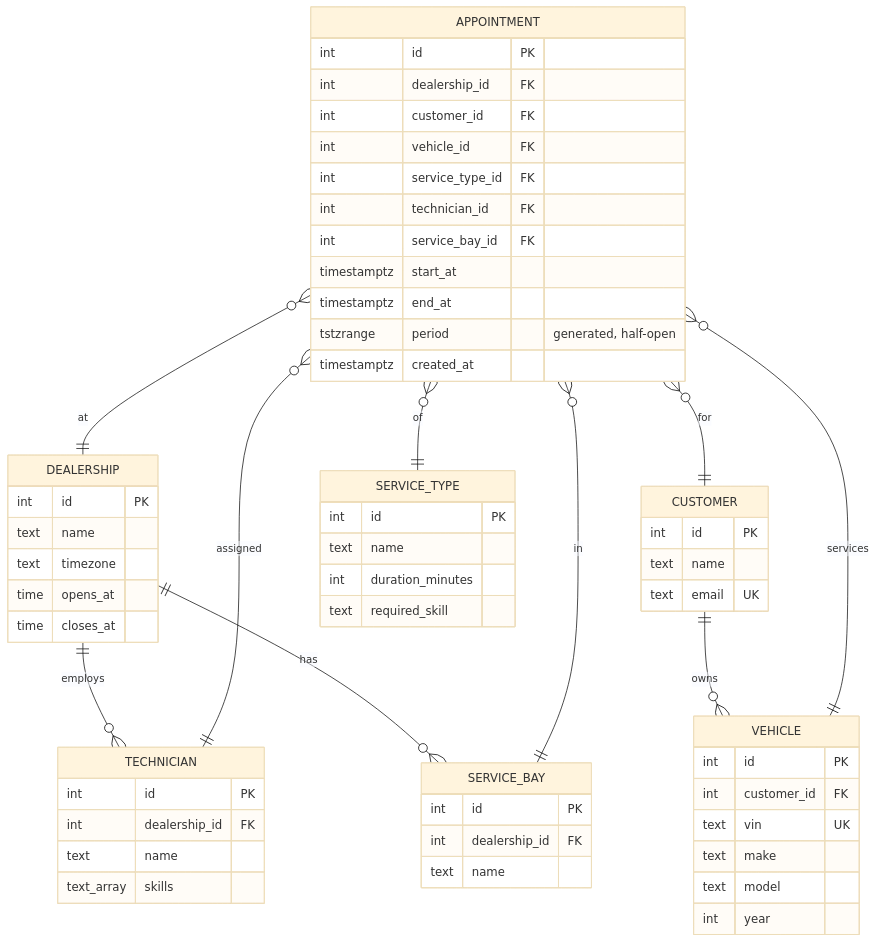
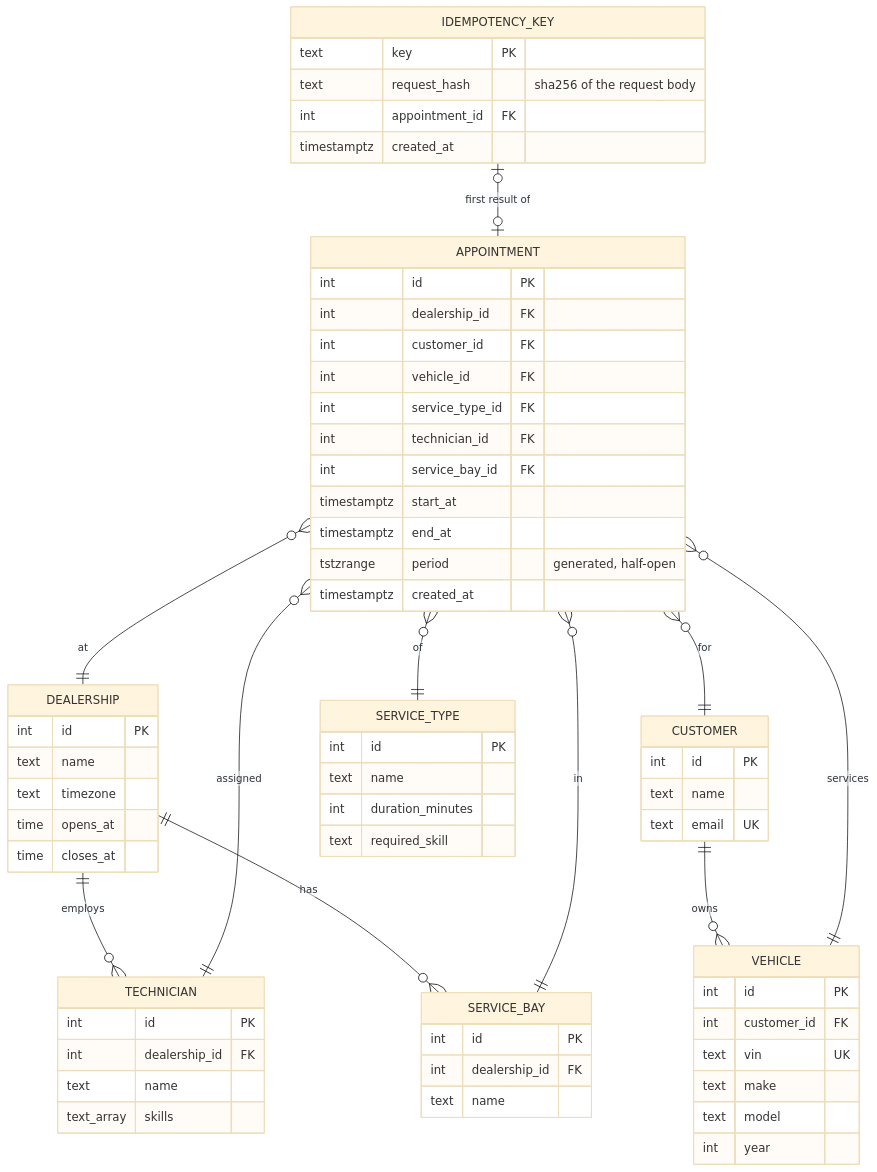
Before and after one commit to thuanrc/Keyloop-challenge: the second of 3 diagrams in docs/SYSTEM_DESIGN.md, drawn with Mermaid (base theme). The commit also changed other lines of this file and 7 other files, not shown here.

First line of the commit message:
feat: Idempotency-Key for safe booking retries

````diff
--- a/docs/SYSTEM_DESIGN.md
+++ b/docs/SYSTEM_DESIGN.md
@@ -81,63 +83,70 @@
 ```mermaid
 erDiagram
     DEALERSHIP ||--o{ TECHNICIAN : employs
     DEALERSHIP ||--o{ SERVICE_BAY : has
     CUSTOMER ||--o{ VEHICLE : owns
     APPOINTMENT }o--|| DEALERSHIP : at
     APPOINTMENT }o--|| CUSTOMER : for
     APPOINTMENT }o--|| VEHICLE : services
     APPOINTMENT }o--|| SERVICE_TYPE : of
     APPOINTMENT }o--|| TECHNICIAN : assigned
     APPOINTMENT }o--|| SERVICE_BAY : in
+    IDEMPOTENCY_KEY |o--o| APPOINTMENT : "first result of"
 
     DEALERSHIP {
         int id PK
         text name
         text timezone
         time opens_at
         time closes_at
     }
     SERVICE_TYPE {
         int id PK
         text name
         int duration_minutes
         text required_skill
     }
     TECHNICIAN {
         int id PK
         int dealership_id FK
         text name
         text_array skills
     }
     SERVICE_BAY {
         int id PK
         int dealership_id FK
         text name
     }
     CUSTOMER {
         int id PK
         text name
         text email UK
     }
     VEHICLE {
         int id PK
         int customer_id FK
         text vin UK
         text make
         text model
         int year
     }
     APPOINTMENT {
         int id PK
         int dealership_id FK
         int customer_id FK
         int vehicle_id FK
         int service_type_id FK
         int technician_id FK
         int service_bay_id FK
         timestamptz start_at
         timestamptz end_at
         tstzrange period "generated, half-open"
         timestamptz created_at
     }
+    IDEMPOTENCY_KEY {
+        text key PK
+        text request_hash "sha256 of the request body"
+        int appointment_id FK
+        timestamptz created_at
+    }
 ```
````
